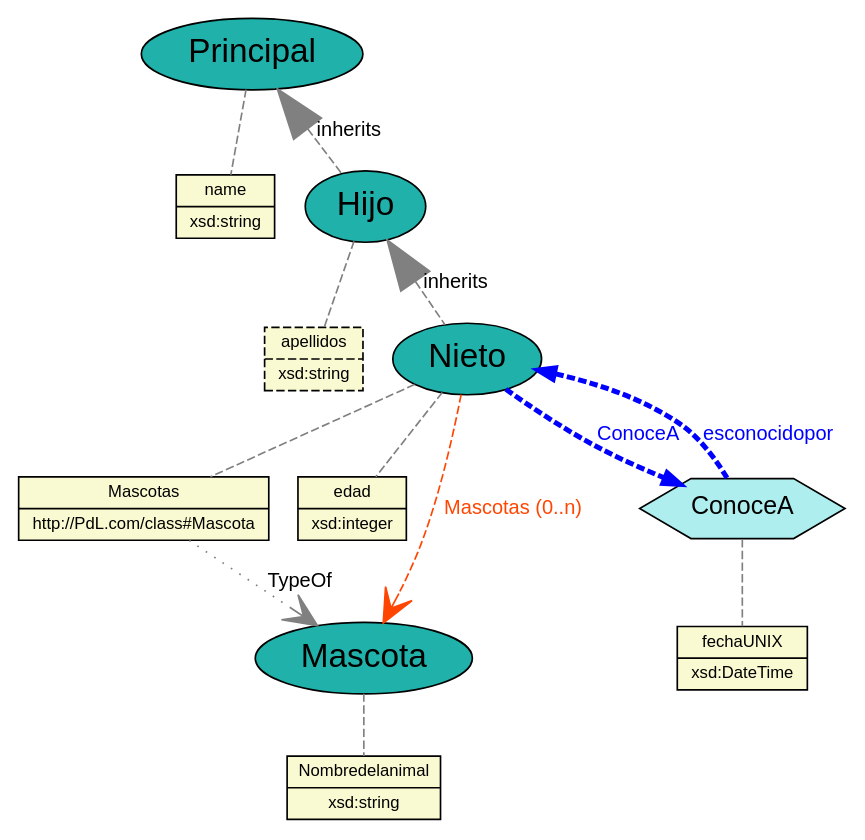
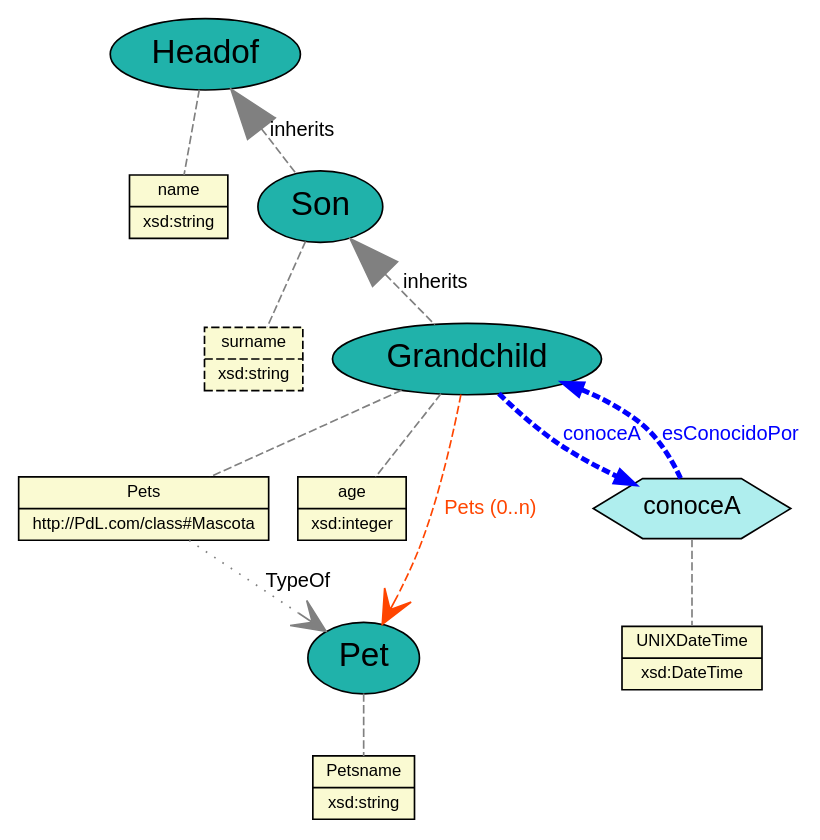
Before and after one commit to JuanCasado/Lenguajes: the diagram in Output/parametros_dot12_domain.dot, drawn with Graphviz. The commit also changed 8 other files, not shown here.

```diff
--- a/Output/parametros_dot12_domain.dot
+++ b/Output/parametros_dot12_domain.dot
@@ -1,58 +1,58 @@
 graph domain{
 	//Defecto
 	node [fontname="Arial"];
 	edge [fontname="Arial",fontsize=12];
 
 	//PROPERTIES
 	node[fontsize="10", fillcolor="lightgoldenrodyellow", style="filled", shape="record", ]
 
 	
-	property_apellidos [label="{apellidos|xsd:string}",style="filled,dashed"];
-	property_Nombredelanimal [label="{Nombredelanimal|xsd:string}"];
-	property_Mascotas [label="{Mascotas|http://PdL.com/class#Mascota}"];
+	property_surname [label="{surname|xsd:string}",style="filled,dashed"];
+	property_Petsname [label="{Petsname|xsd:string}"];
+	property_Pets [label="{Pets|http://PdL.com/class#Mascota}"];
 	property_name [label="{name|xsd:string}"];
-	property_edad [label="{edad|xsd:integer}"];
-	property_fechaUNIX [label="{fechaUNIX|xsd:DateTime}"];
+	property_age [label="{age|xsd:integer}"];
+	property_UNIXDateTime [label="{UNIXDateTime|xsd:DateTime}"];
 
 	//CLASES
 	node[fontsize="20", fillcolor="lightseagreen", style="filled", shape="ellipse", ]
 
 	
-	class_Hijo [label="Hijo"];
-	class_Principal [label="Principal"];
-	class_Mascota [label="Mascota"];
-	class_Nieto [label="Nieto"];
+	class_Son [label="Son"];
+	class_Headof [label="Headof"];
+	class_Pet [label="Pet"];
+	class_Grandchild [label="Grandchild"];
 
 	//RELACIONES
 	node[fontsize="15", fillcolor="paleturquoise", style="filled", shape="hexagon", ]
 
-	relationship_ConoceA [label=ConoceA];
+	relationship_conoceA [label=conoceA];
 
 	//CLASE -- PROPIEDAD
 	edge[len="3", style="dashed", color="grey", ]
 
-	class_Hijo -- property_apellidos;
-	class_Principal -- property_name;
-	class_Mascota -- property_Nombredelanimal;
-	class_Nieto -- property_edad;
-	class_Nieto -- property_Mascotas;
+	class_Son -- property_surname;
+	class_Headof -- property_name;
+	class_Pet -- property_Petsname;
+	class_Grandchild -- property_age;
+	class_Grandchild -- property_Pets;
 
 	//RELACION -- PROPIEDAD
-	relationship_ConoceA -- property_fechaUNIX;
+	relationship_conoceA -- property_UNIXDateTime;
 
 	// uso indirecto de definición de tipos
-	property_Mascotas -- class_Mascota [arrowsize="2", style="dotted", arrowhead="vee", dir="forward", label="TypeOf"];
+	property_Pets -- class_Pet [arrowsize="2", style="dotted", arrowhead="vee", dir="forward", label="TypeOf"];
 
 	// asociaciones a través de atributos marcadas de forma directa
-	class_Nieto -- class_Mascota [label="Mascotas (0..n) "fontcolor="orangered", color="orangered", style="dashed", arrowhead="vee",dir="forward",arrowsize="2"];
+	class_Grandchild -- class_Pet [label="Pets (0..n) "fontcolor="orangered", color="orangered", style="dashed", arrowhead="vee",dir="forward",arrowsize="2"];
 
 	// herencias
-	class_Principal -- class_Hijo [arrowsize="3", arrowhead="normal", dir="back", label="inherits"];
-	class_Hijo -- class_Nieto [arrowsize="3", arrowhead="normal", dir="back", label="inherits"];
+	class_Headof -- class_Son [arrowsize="3", arrowhead="normal", dir="back", label="inherits"];
+	class_Son -- class_Grandchild [arrowsize="3", arrowhead="normal", dir="back", label="inherits"];
 
 	// enlaces de relaciones
 	edge[len="2",penwidth="3",color="blue"]
-	class_Nieto -- relationship_ConoceA [label="ConoceA",fontcolor="blue",dir="forward",arrowhead="normal"];
-	relationship_ConoceA -- class_Nieto [label="esconocidopor",fontcolor="blue",dir="forward",arrowhead="normal"];
+	class_Grandchild -- relationship_conoceA [label="conoceA",fontcolor="blue",dir="forward",arrowhead="normal"];
+	relationship_conoceA -- class_Grandchild [label="esConocidoPor",fontcolor="blue",dir="forward",arrowhead="normal"];
 
 }
```
